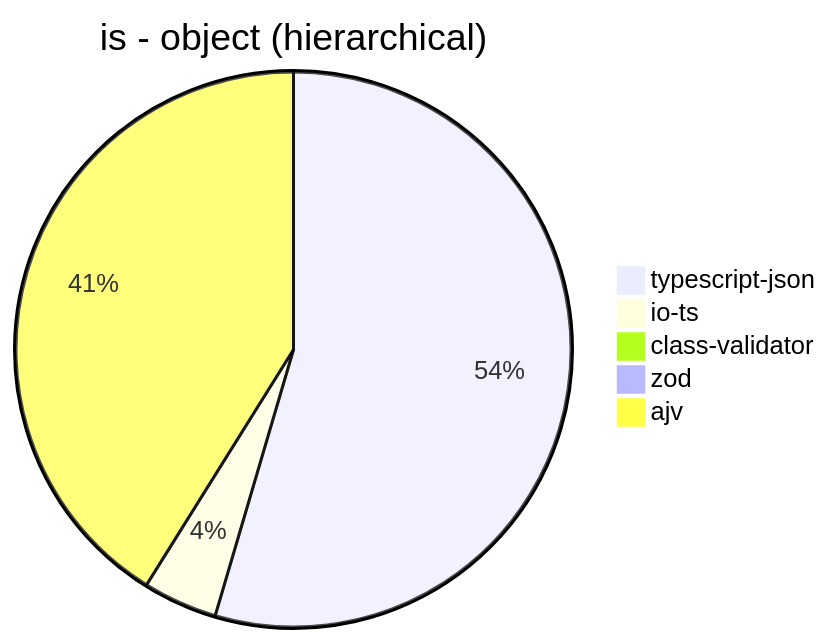
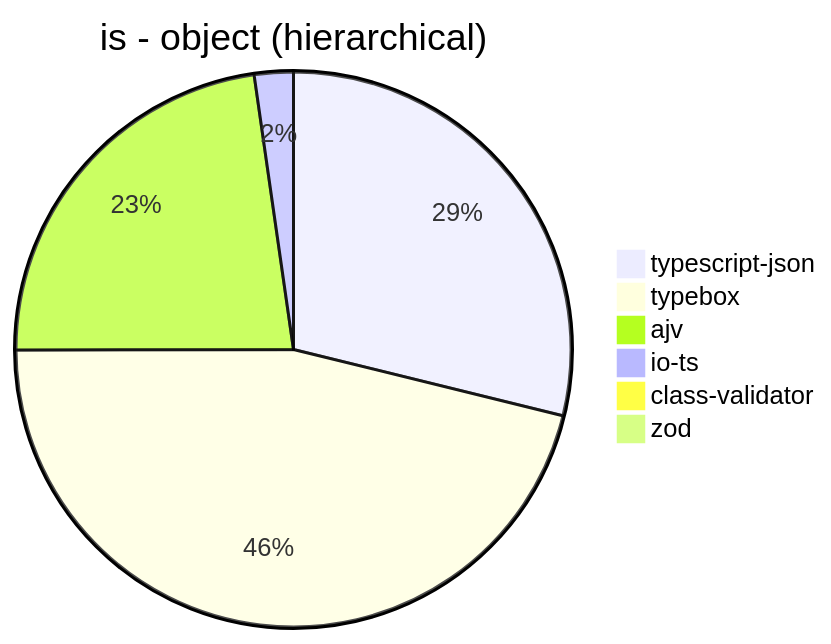
One commit to samchon/typia changed the first of 39 diagrams in benchmark/results/AMD Ryzen 9 5900HX with Radeon Graphics.md. Above: the diagram before and after it, drawn with Mermaid. The commit also changed other lines of this file and 7 other files, not shown here.

````diff
--- a/benchmark/results/AMD Ryzen 9 5900HX with Radeon Graphics.md
+++ b/benchmark/results/AMD Ryzen 9 5900HX with Radeon Graphics.md
@@ -21,8 +21,9 @@
 ```mermaid
 pie title is - object (hierarchical)
-  "typescript-json": 117550.32080659945
-  "io-ts": 9327.624309392266
-  "class-validator": 71.96210603024231
-  "zod": 422.90909090909093
-  "ajv": 88593.7037037037
+  "typescript-json": 116633.84615384614
+  "typebox": 186572.3400586308
+  "ajv": 92013.37913578015
+  "io-ts": 9175.931021830856
+  "class-validator": 65.79643676133357
+  "zod": 429.03811252268605
 ```
````
